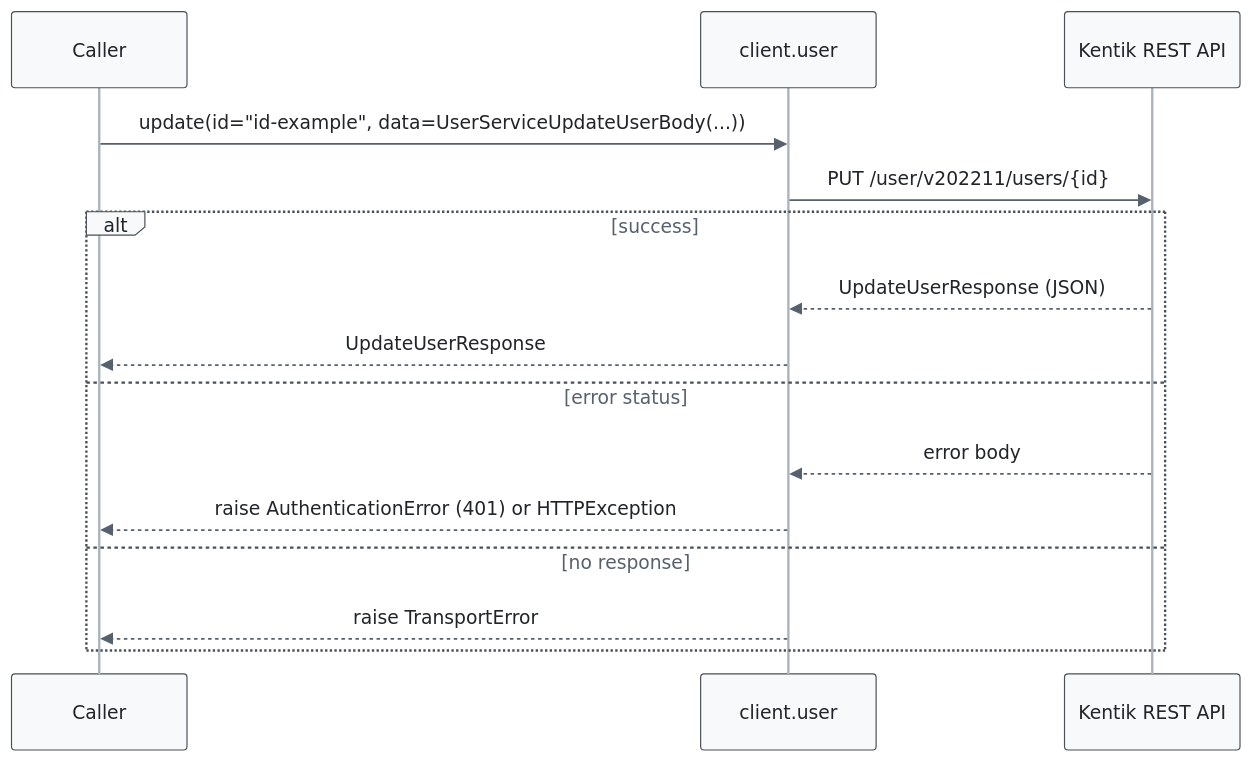
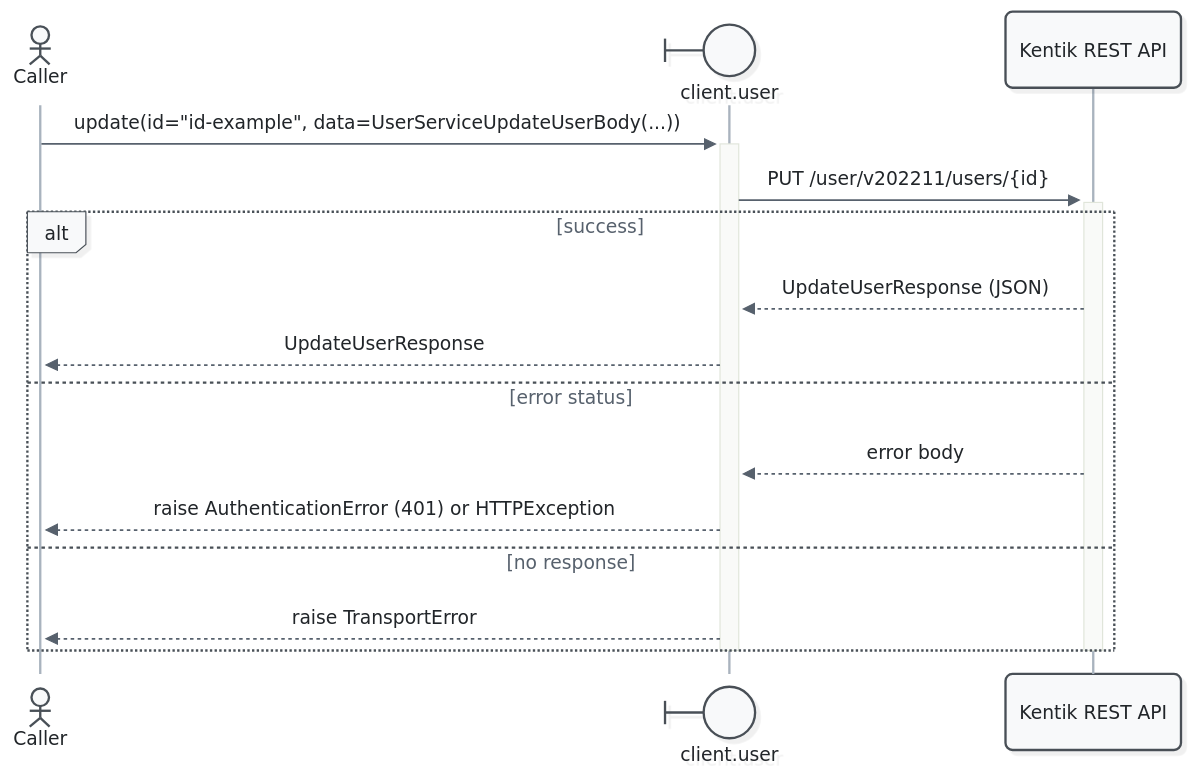
The seventh of 15 diagrams in docs/sphinx/services/user.md (alexdearaujo/community_sdk_python), drawn with Mermaid before and after one commit. The commit also changed other lines of this file and 52 other files, not shown here.

First line of the commit message:
docs: Mermaid 12 sequence diagrams with participant types and path colors

````diff
--- a/docs/sphinx/services/user.md
+++ b/docs/sphinx/services/user.md
@@ -260,19 +275,21 @@
 ```mermaid
-%%{init: {"theme": "base", "fontFamily": "ui-monospace, SFMono-Regular, Menlo, monospace", "themeVariables": {"fontFamily": "ui-monospace, SFMono-Regular, Menlo, monospace", "primaryColor": "#f8f9fa", "primaryBorderColor": "#495057", "primaryTextColor": "#212529", "textColor": "#212529", "lineColor": "#77818c", "edgeLabelBackground": "#ffffff", "actorBkg": "#f8f9fa", "actorBorder": "#495057", "actorTextColor": "#212529", "actorLineColor": "#a9b3be", "signalColor": "#57616d", "signalTextColor": "#212529", "labelBoxBkgColor": "#f8f9fa", "labelBoxBorderColor": "#495057", "labelTextColor": "#212529", "loopTextColor": "#57616d", "noteBkgColor": "#fff9db", "noteBorderColor": "#f08c00", "noteTextColor": "#a35a00"}, "flowchart": {"curve": "step", "nodeSpacing": 30, "rankSpacing": 70, "wrappingWidth": 400}}}%%
+%%{init: {"theme": "redux", "look": "neo", "layout": "dagre", "fontFamily": "ui-monospace, SFMono-Regular, Menlo, monospace", "themeVariables": {"fontFamily": "ui-monospace, SFMono-Regular, Menlo, monospace", "primaryColor": "#f8f9fa", "primaryBorderColor": "#495057", "primaryTextColor": "#212529", "textColor": "#212529", "lineColor": "#77818c", "edgeLabelBackground": "#ffffff", "actorBkg": "#f8f9fa", "actorBorder": "#495057", "actorTextColor": "#212529", "actorLineColor": "#a9b3be", "signalColor": "#57616d", "signalTextColor": "#212529", "labelBoxBkgColor": "#f8f9fa", "labelBoxBorderColor": "#495057", "labelTextColor": "#212529", "loopTextColor": "#57616d", "noteBkgColor": "#fff9db", "noteBorderColor": "#f08c00", "noteTextColor": "#a35a00"}, "sequence": {"activationWidth": 16}, "flowchart": {"curve": "step", "nodeSpacing": 30, "rankSpacing": 70, "wrappingWidth": 400}}}%%
 sequenceDiagram
-    participant C as Caller
-    participant W as client.user
+    actor C as Caller
+    participant W@{ "type": "boundary" } as client.user
     participant API as Kentik REST API
 
-    C->>W: update(id="id-example", data=UserServiceUpdateUserBody(...))
-    W->>API: PUT /user/v202211/users/{id}
+    C->>+W: update(id="id-example", data=UserServiceUpdateUserBody(...))
+    W->>+API: PUT /user/v202211/users/{id}
     alt success
         API-->>W: UpdateUserResponse (JSON)
         W-->>C: UpdateUserResponse
     else error status
         API-->>W: error body
         W-->>C: raise AuthenticationError (401) or HTTPException
     else no response
         W-->>C: raise TransportError
     end
+    deactivate API
+    deactivate W
 ```
````
